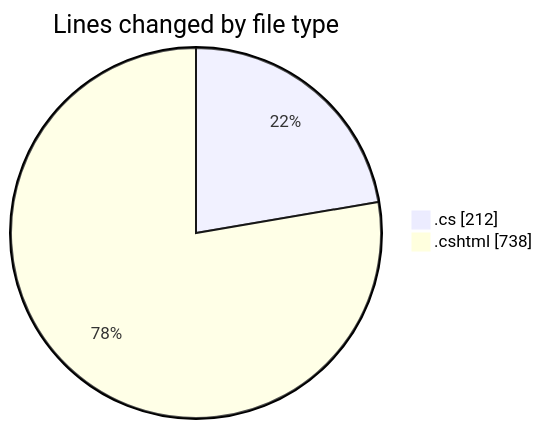
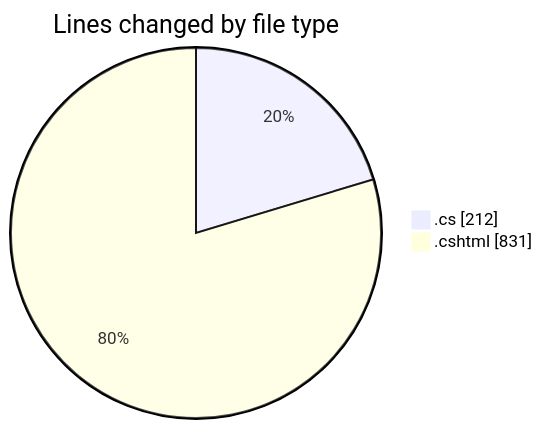
Before and after one commit to lephambinh05/code-tracking: the first of 2 diagrams in 2025-07-16/nhahang/README.md, drawn with Mermaid. The commit also changed other lines of this file and 1 other file, not shown here.

````diff
--- a/2025-07-16/nhahang/README.md
+++ b/2025-07-16/nhahang/README.md
@@ -41,6 +42,6 @@
 ```mermaid
 pie showData
 title Lines changed by file type
 ".cs" : 212
-".cshtml" : 738
+".cshtml" : 831
 ```
````
